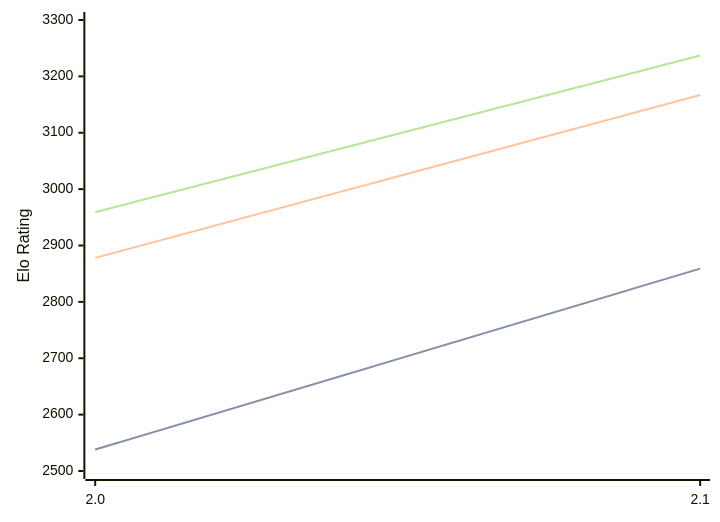
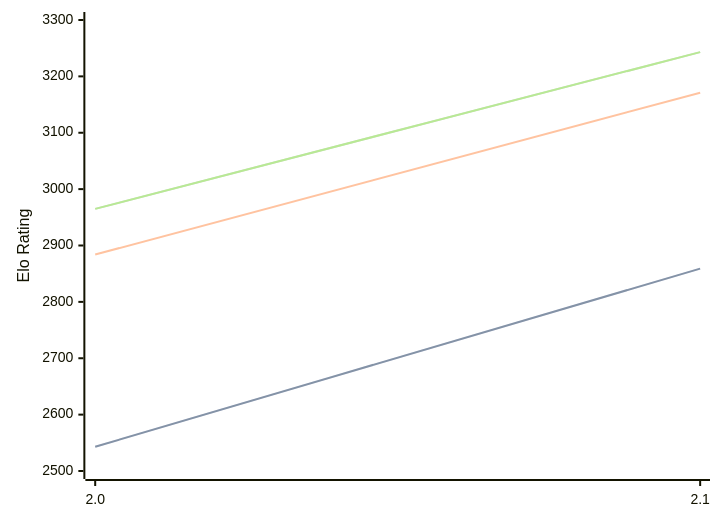
One commit to computer-chess-index/cci changed the diagram in engines/Tunguska.md. Above: the diagram before and after it, drawn with Mermaid. The commit also changed other lines of this file, not shown here.

Commit message:
Update CCI Ratings (ELO VLTC) - 2026-04-14

````diff
--- a/engines/Tunguska.md
+++ b/engines/Tunguska.md
@@ -32,11 +32,11 @@
 ```mermaid
 %%{init: {"theme":"base","themeVariables":{"seriesColors:['#a3a3a3','#222221','#faa371']}}}%%
 xychart-beta
   x-axis ["2.0", "2.1"]
   y-axis "Elo Rating" 2500 --> 3300
-  line "STC (8.0+0.08s)" [2538, 2859]
-  line "STC (8.0+0.08s)" [2538, 2859]
-  line "LTC (60.0+0.60s)" [2878, 3167]
-  line "VLTC (2m24s+1.12s)" [2959, 3237]
-  line "VLTC (2m24s+1.12s)" [2959, 3237]
+  line "STC (8.0+0.08s)" [2543, 2859]
+  line "STC (8.0+0.08s)" [2543, 2859]
+  line "LTC (60.0+0.60s)" [2884, 3171]
+  line "VLTC (2m24s+1.12s)" [2965, 3243]
+  line "VLTC (2m24s+1.12s)" [2965, 3243]
 ```
````
